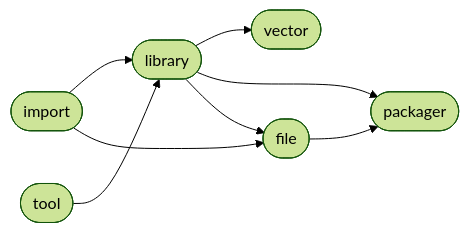
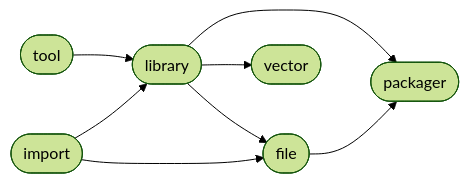
One commit to Mandera/Mandera changed the diagram in README.md. Above: the diagram before and after it, drawn with Mermaid (forest theme). The commit also changed other lines of this file, not shown here.

````diff
--- a/README.md
+++ b/README.md
@@ -6,16 +6,16 @@
 ```mermaid
 flowchart LR
+2([library]) --> 4([vector])
+1([tool]) --> 2([library])
+2([library]) --> 5([packager])
 0([import]) --> 2([library])
-0([import]) --> 3([file])
-2([library]) --> 4([vector])
-2([library]) --> 5([packager])
-1([tool]) --> 2([library])
 3([file]) --> 5([packager])
 2([library]) --> 3([file])
+0([import]) --> 3([file])
 click 0 "https://github.com/ManderaGeneral/generalimport"
 click 1 "https://github.com/ManderaGeneral/generaltool"
 click 2 "https://github.com/ManderaGeneral/generallibrary"
 click 3 "https://github.com/ManderaGeneral/generalfile"
 click 4 "https://github.com/ManderaGeneral/generalvector"
 click 5 "https://github.com/ManderaGeneral/generalpackager"
 ```
````
